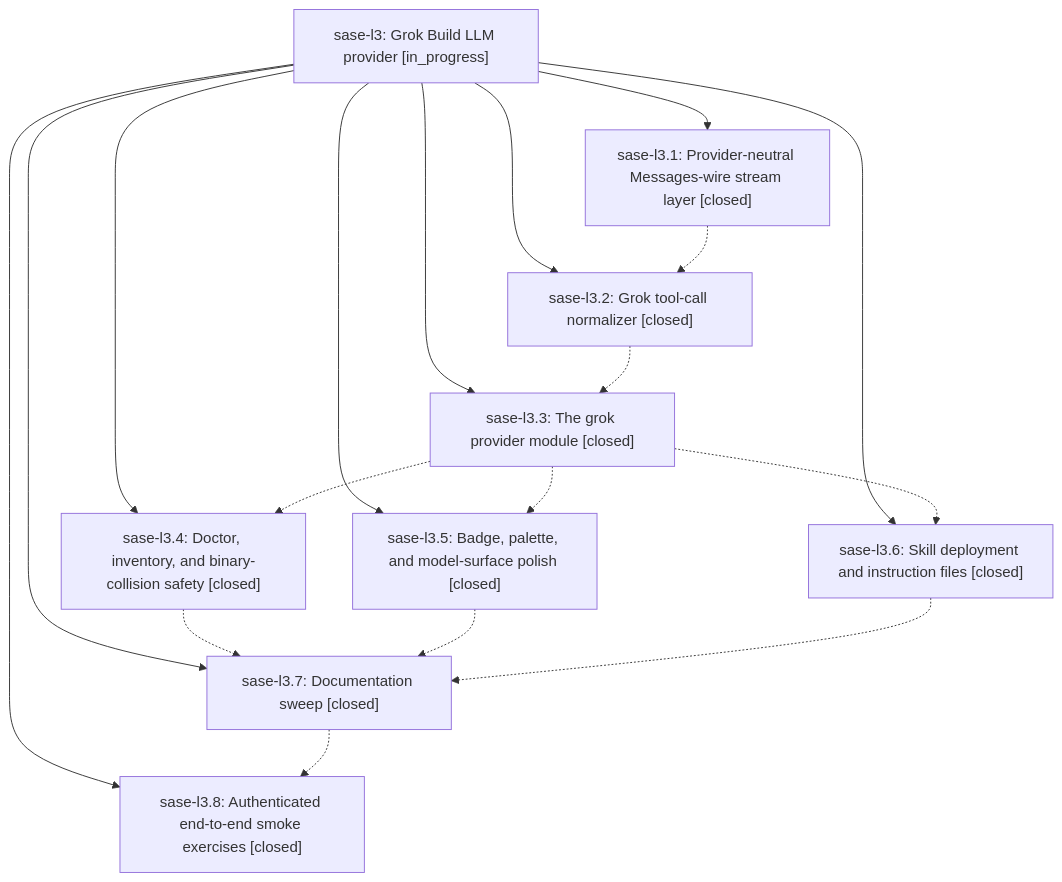
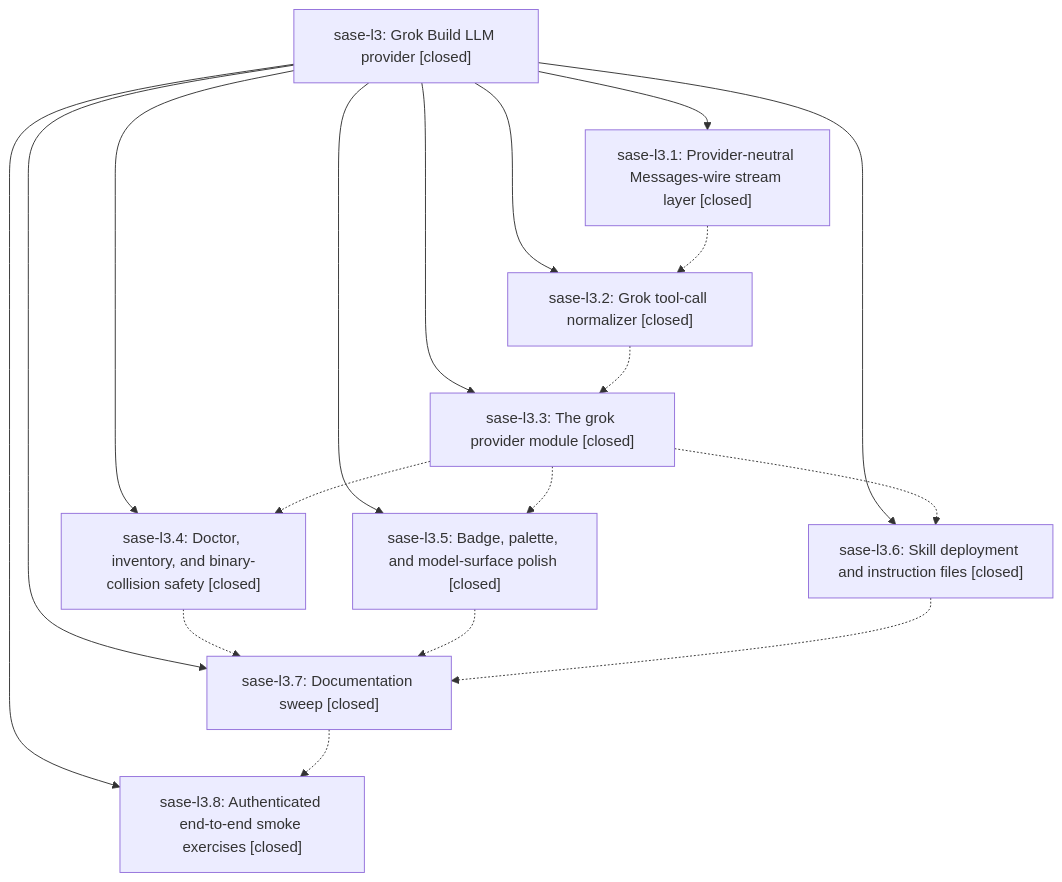
One commit to sase-org/sase--beads changed the diagram in pages/sase-l3/README.md. Above: the diagram before and after it, drawn with Mermaid. The commit also changed other lines of this file, not shown here.

First line of the commit message:
chore(beads): sync bead state and pages for sase-l3

````diff
--- a/pages/sase-l3/README.md
+++ b/pages/sase-l3/README.md
@@ -37,29 +45,29 @@
 ```mermaid
 flowchart TD
-    n0["sase-l3: Grok Build LLM provider [in_progress]"]
+    n0["sase-l3: Grok Build LLM provider [closed]"]
     n1["sase-l3.1: Provider-neutral Messages-wire stream layer [closed]"]
     n2["sase-l3.2: Grok tool-call normalizer [closed]"]
     n3["sase-l3.3: The grok provider module [closed]"]
     n4["sase-l3.4: Doctor, inventory, and binary-collision safety [closed]"]
     n5["sase-l3.5: Badge, palette, and model-surface polish [closed]"]
     n6["sase-l3.6: Skill deployment and instruction files [closed]"]
     n7["sase-l3.7: Documentation sweep [closed]"]
     n8["sase-l3.8: Authenticated end-to-end smoke exercises [closed]"]
     n0 --> n1
     n0 --> n2
     n0 --> n3
     n0 --> n4
     n0 --> n5
     n0 --> n6
     n0 --> n7
     n0 --> n8
     n1 -.-> n2
     n2 -.-> n3
     n3 -.-> n4
     n3 -.-> n5
     n3 -.-> n6
     n4 -.-> n7
     n5 -.-> n7
     n6 -.-> n7
     n7 -.-> n8
 ```
````
